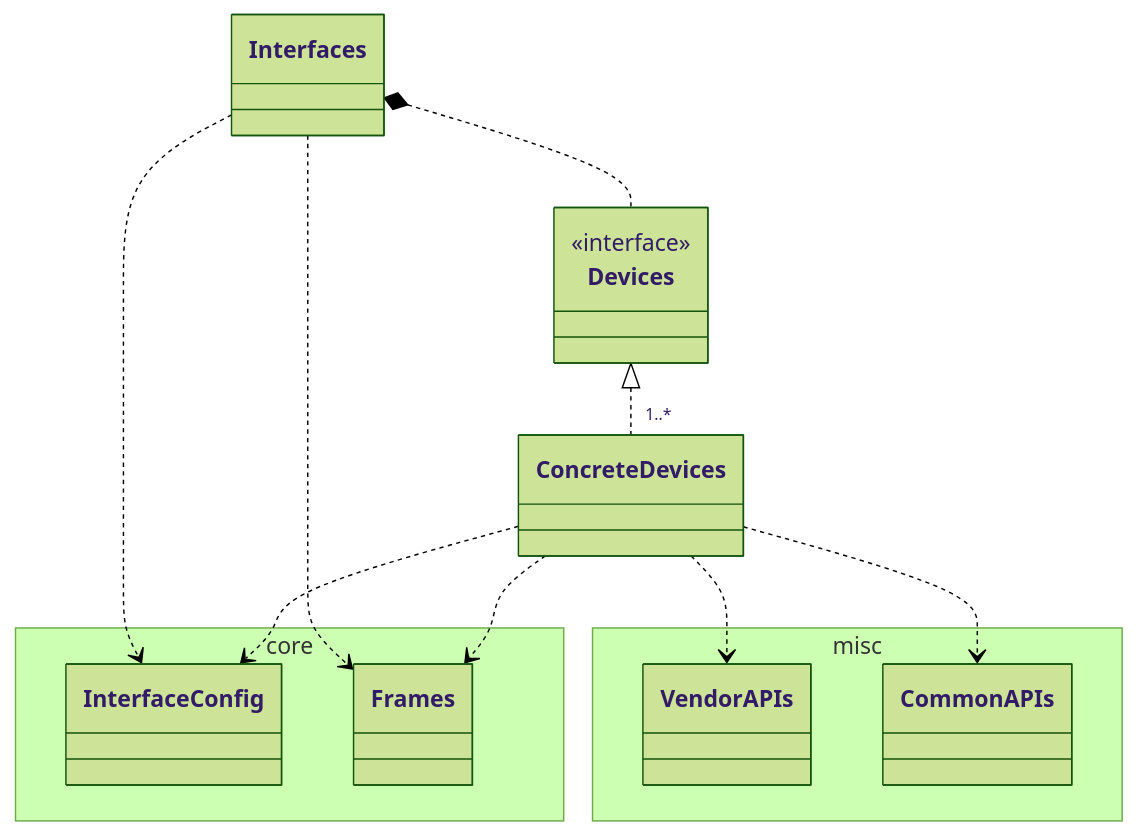
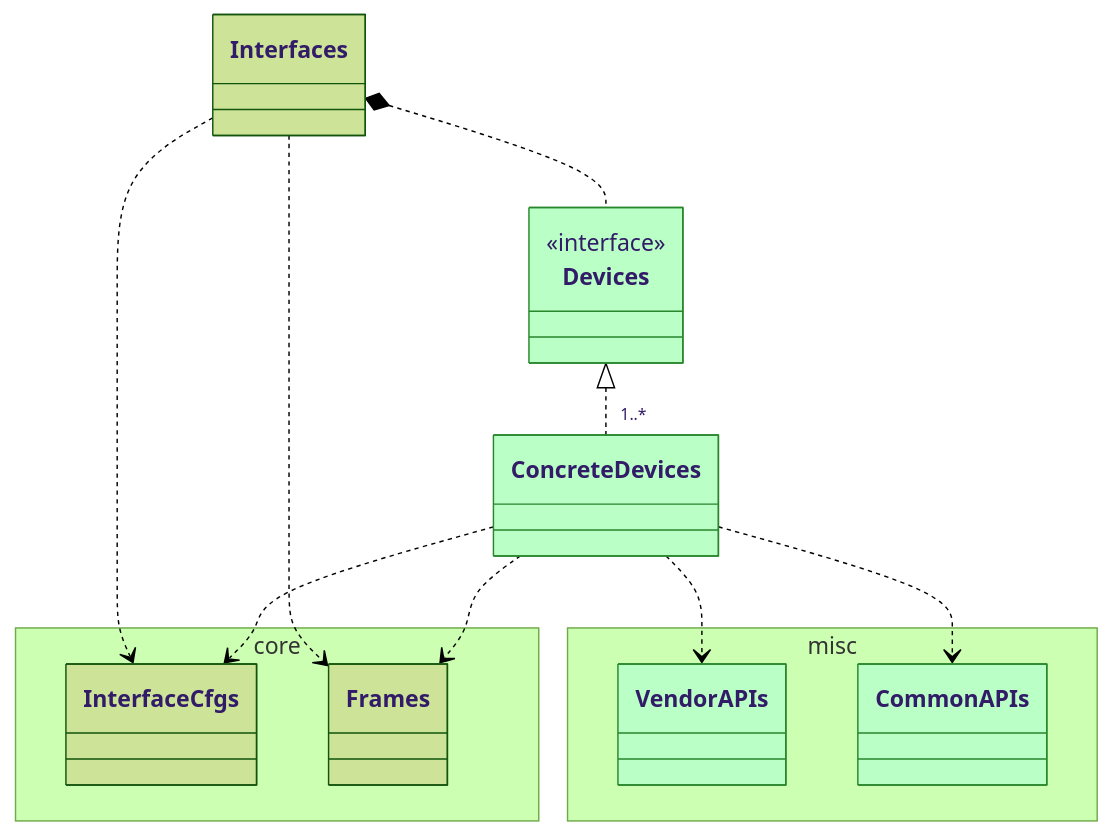
The diagram in docs/src/internals.md (ichiro-kazusa/CANBus.jl), drawn with Mermaid (forest theme) before and after one commit. The commit also changed other lines of this file and 19 other files, not shown here.

````diff
--- a/docs/src/internals.md
+++ b/docs/src/internals.md
@@ -5,30 +3,32 @@
 ```mermaid
 
 classDiagram
+
     namespace core{
-        class InterfaceConfig
+        class InterfaceCfgs
         class Frames
     }
 
     namespace misc{
-        class VendorAPIs
-        class CommonAPIs
+        class VendorAPIs:::classFocus
+        class CommonAPIs:::classFocus
     }
 
-    %% CANBus ..> Interfaces
-    %% CANBus ..> InterfaceConfig
-    %% CANBus ..> Frames
+    class ConcreteDevices:::classFocus
 
-    class Devices
+    class Devices:::classFocus
     <<interface>> Devices
     Interfaces *.. Devices
-    Interfaces ..> InterfaceConfig
+    Interfaces ..> InterfaceCfgs
     Interfaces ..> Frames
 
     Devices <|.. "1..*"ConcreteDevices
     ConcreteDevices ..> VendorAPIs
     ConcreteDevices ..> CommonAPIs
     ConcreteDevices ..> Frames
-    ConcreteDevices ..> InterfaceConfig
+    ConcreteDevices ..> InterfaceCfgs
+
+
+    classDef classFocus fill:#baffc6,stroke:#29862c;
    
 ```
````
